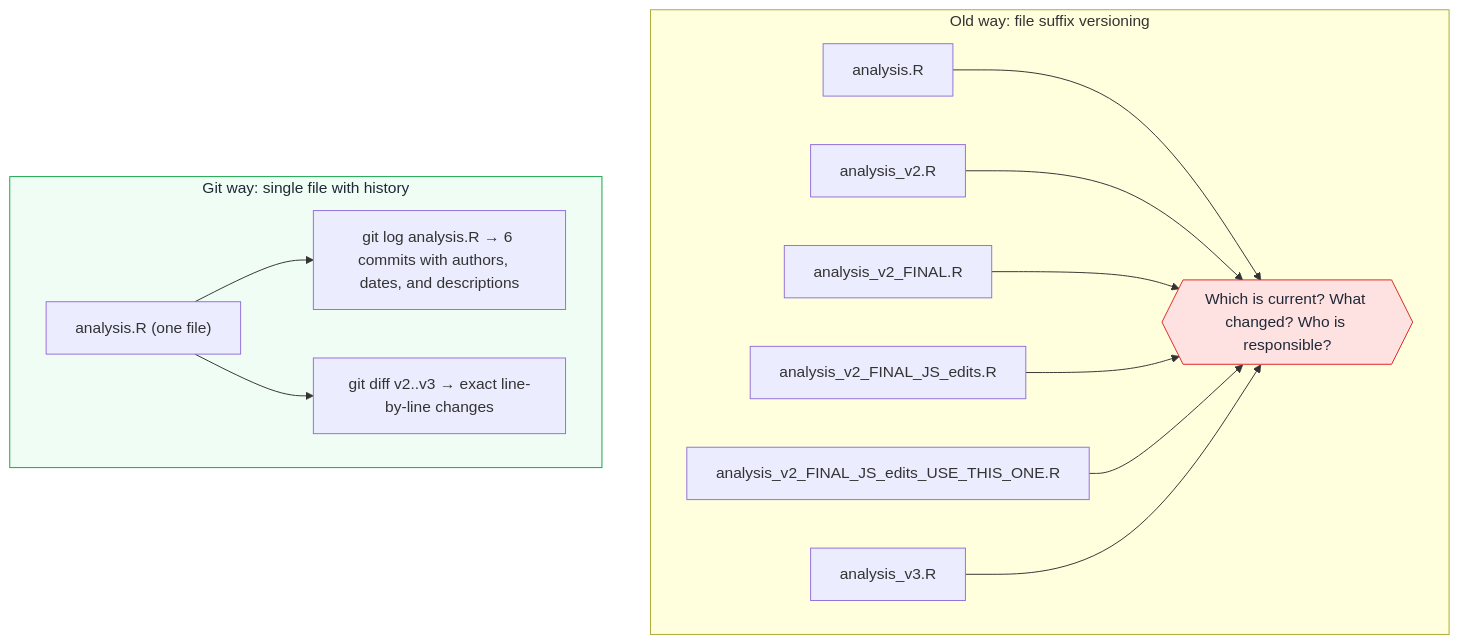
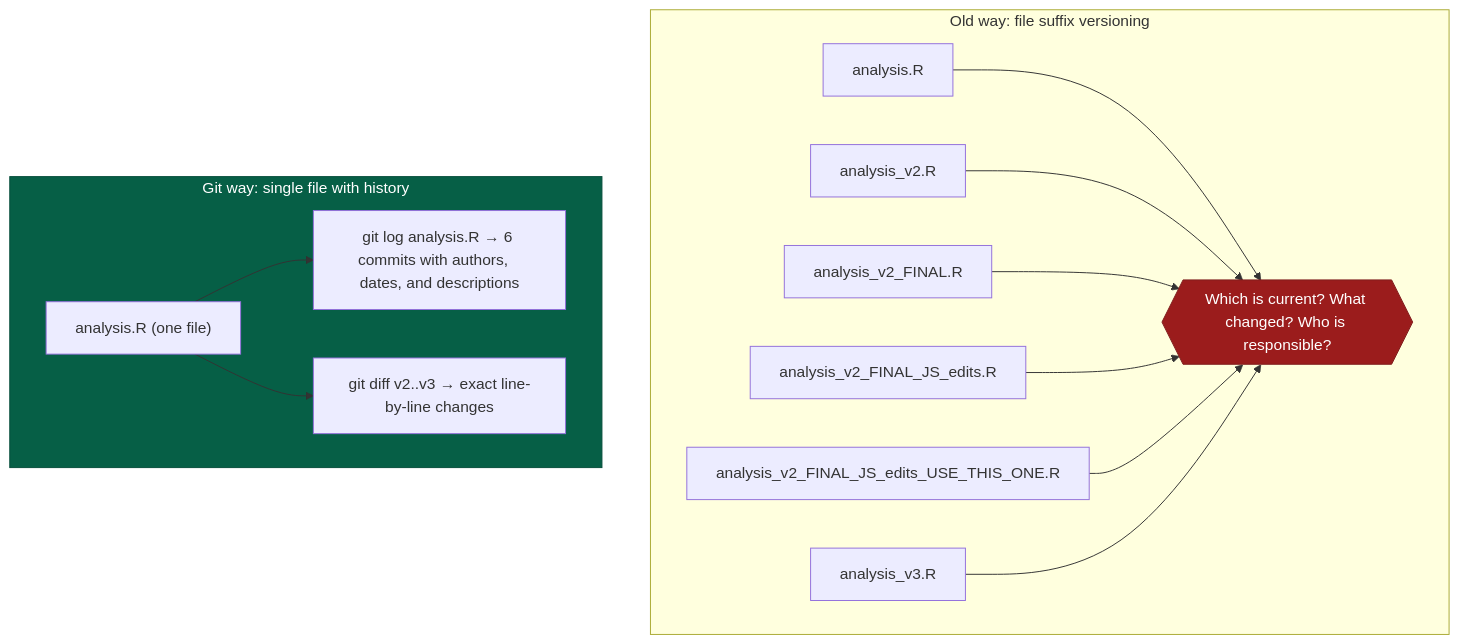
The second of 4 diagrams in docs/from-shares-to-git.md (Ch3w3y/docker_gcp), drawn with Mermaid before and after one commit. The commit also changed 8 other files, not shown here.

First line of the commit message:
fix(a11y): replace all pastel Mermaid fills with PHW-aligned semantic palette

````diff
--- a/docs/from-shares-to-git.md
+++ b/docs/from-shares-to-git.md
@@ -86,24 +86,24 @@
 ```mermaid
 flowchart TD
     subgraph Old["Old way: file suffix versioning"]
         F1["analysis.R"]
         F2["analysis_v2.R"]
         F3["analysis_v2_FINAL.R"]
         F4["analysis_v2_FINAL_JS_edits.R"]
         F5["analysis_v2_FINAL_JS_edits_USE_THIS_ONE.R"]
         F6["analysis_v3.R"]
         Q1{{"Which is current? What changed? Who is responsible?"}}
         F1 & F2 & F3 & F4 & F5 & F6 --> Q1
     end
 
     subgraph New["Git way: single file with history"]
         G1["analysis.R (one file)"]
         G2["git log analysis.R → 6 commits with authors,   dates, and descriptions"]
         G3["git diff v2..v3 → exact line-by-line changes"]
         G1 --> G2
         G1 --> G3
     end
 
-    style Q1 fill:#fee2e2,stroke:#dc2626,color:#1f2937
-    style New fill:#f0fdf4,stroke:#16a34a,color:#1f2937
+    style Q1 fill:#9b1c1c,stroke:#7f1d1d,color:#ffffff
+    style New fill:#065f46,stroke:#064e3b,color:#ffffff
 ```
````
